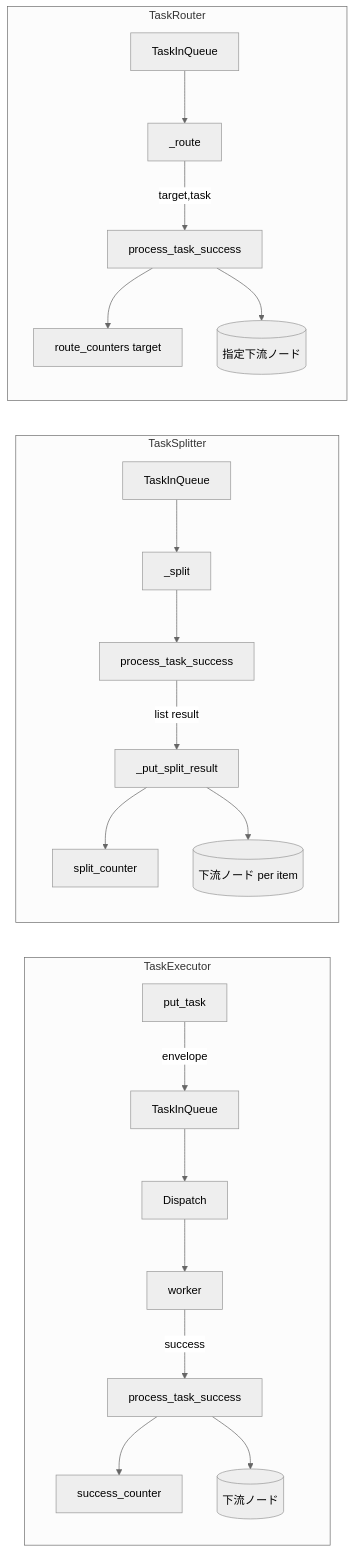
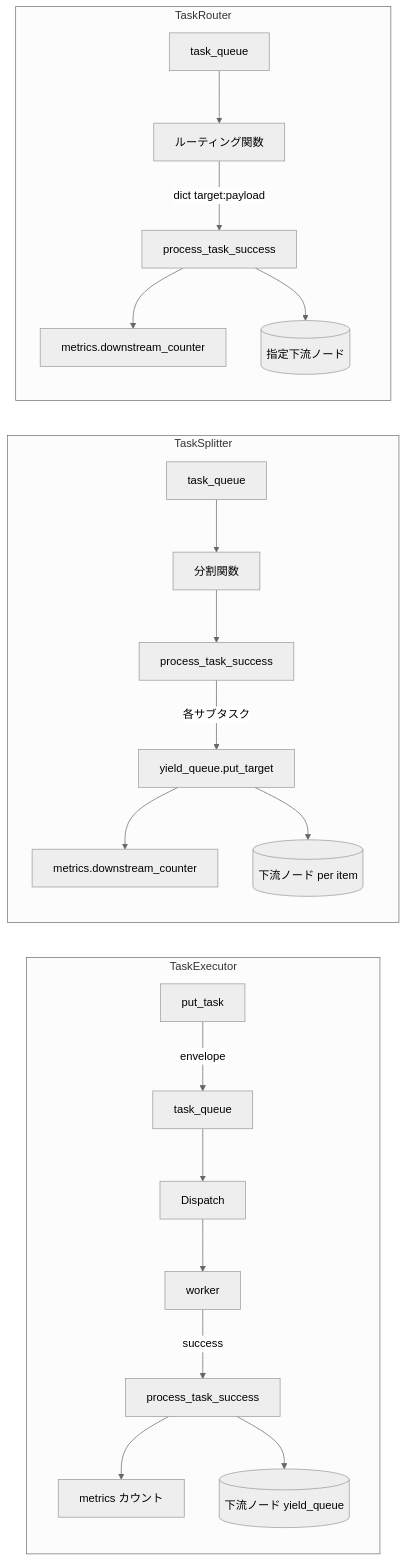
Before and after one commit to Mr-xiaotian/CelestialFlow: the diagram in docs/ja/tests/node/test_nodes.md, drawn with Mermaid (neutral theme). The commit also changed other lines of this file and 211 other files, not shown here.

````diff
--- a/docs/ja/tests/node/test_nodes.md
+++ b/docs/ja/tests/node/test_nodes.md
@@ -64,26 +63,26 @@
 ```mermaid
 flowchart LR
     subgraph "TaskExecutor"
-        PutTask[put_task] -->|envelope| Q[TaskInQueue]
+        PutTask[put_task] -->|envelope| Q[task_queue]
         Q --> D[Dispatch]
         D --> W[worker]
         W -->|success| SP[process_task_success]
-        SP --> Counter[success_counter]
-        SP --> Downstream[(下流ノード)]
+        SP --> Counter[metrics カウント]
+        SP --> Downstream[(下流ノード yield_queue)]
     end
 
     subgraph "TaskSplitter"
-        Q2[TaskInQueue] --> DS[_split]
+        Q2[task_queue] --> DS[分割関数]
         DS --> PSR[process_task_success]
-        PSR -->|list result| PSR_put[_put_split_result]
-        PSR_put --> SC[split_counter]
+        PSR -->|各サブタスク| PSR_put[yield_queue.put_target]
+        PSR_put --> SC[metrics.downstream_counter]
         PSR_put --> Down2[(下流ノード per item)]
     end
 
     subgraph "TaskRouter"
-        Q3[TaskInQueue] --> DR[_route]
-        DR -->|target,task| PR[process_task_success]
-        PR --> RC[route_counters target]
+        Q3[task_queue] --> DR[ルーティング関数]
+        DR -->|dict target:payload| PR[process_task_success]
+        PR --> RC[metrics.downstream_counter]
         PR --> Down3[(指定下流ノード)]
     end
 ```
````
